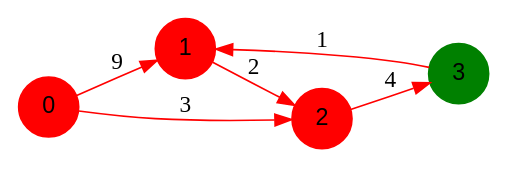
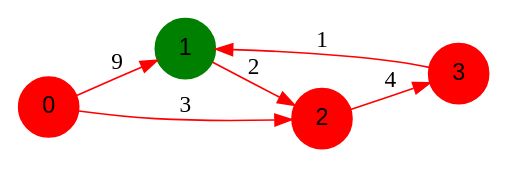
One commit to benech17/Shortest-Path changed the diagram in programme1/output/dotFiles/graph2/graph2_3.dot. Above: the diagram before and after it, drawn with Graphviz. The commit also changed 37 other files, not shown here.

```diff
--- a/programme1/output/dotFiles/graph2/graph2_3.dot
+++ b/programme1/output/dotFiles/graph2/graph2_3.dot
@@ -1,13 +1,13 @@
 digraph graphe {
 rankdir = LR;
 edge [color=red];
 0 [fontname="Arial", shape = circle, color=red, style=filled];
-1 [fontname="Arial", shape = circle, color=red, style=filled];
+1 [fontname="Arial", shape = circle, color=green, style=filled];
 2 [fontname="Arial", shape = circle, color=red, style=filled];
-3 [fontname="Arial", shape = circle, color=green, style=filled];
+3 [fontname="Arial", shape = circle, color=red, style=filled];
 	0 -> 1 [label = "9"];
 	0 -> 2 [label = "3"];
 	1 -> 2 [label = "2"];
 	2 -> 3 [label = "4"];
 	3 -> 1 [label = "1"];
 }
```
